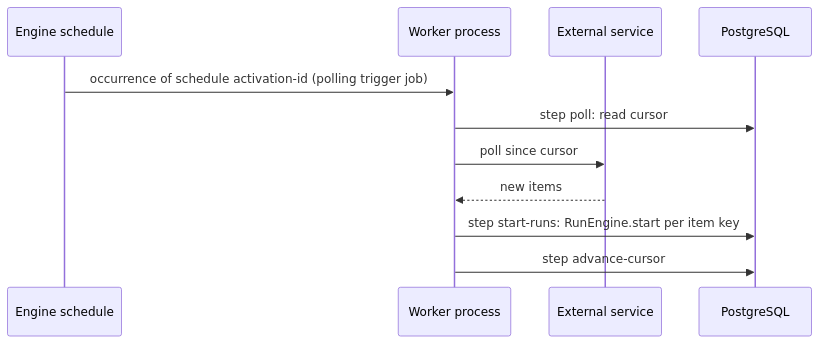
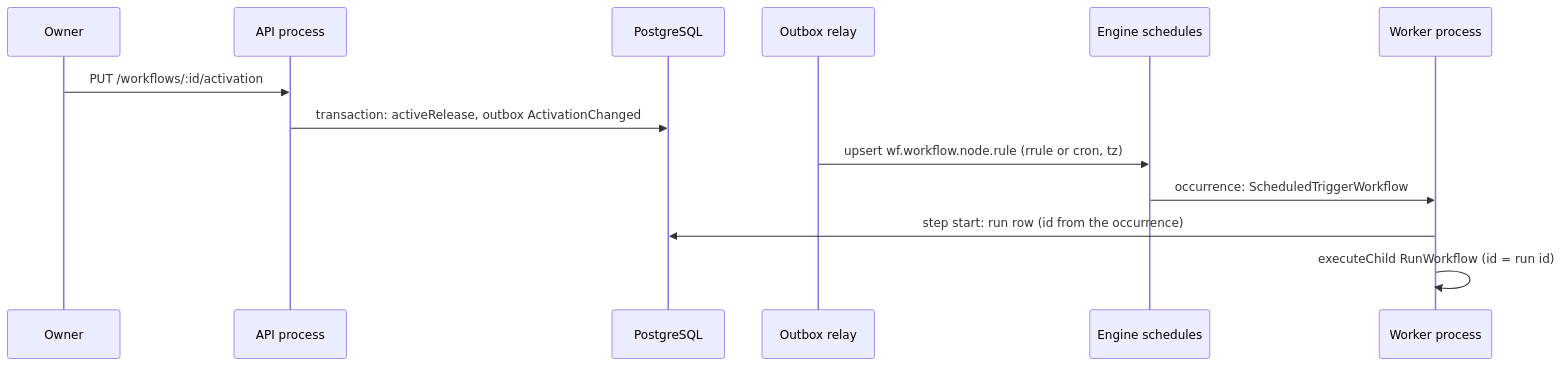
One commit to AidXylelele/tenon changed the second of 2 diagrams in docs/architecture/04-execution.md. Above: the diagram before and after it, drawn with Mermaid. The commit also changed other lines of this file and 264 other files, not shown here.

Commit message:
feat: added workflows engine

````diff
--- a/docs/architecture/04-execution.md
+++ b/docs/architecture/04-execution.md
@@ -87,13 +88,15 @@
 ```mermaid
 sequenceDiagram
-  participant E as Engine schedule
+  participant O as Owner
+  participant API as API process
+  participant PG as PostgreSQL
+  participant R as Outbox relay
+  participant E as Engine schedules
   participant W as Worker process
-  participant X as External service
-  participant PG as PostgreSQL
-  E->>W: occurrence of schedule activation-id (polling trigger job)
-  W->>PG: step poll: read cursor
-  W->>X: poll since cursor
-  X-->>W: new items
-  W->>PG: step start-runs: RunEngine.start per item key
-  W->>PG: step advance-cursor
+  O->>API: PUT /workflows/:id/activation
+  API->>PG: transaction: activeRelease, outbox ActivationChanged
+  R->>E: upsert wf.workflow.node.rule (rrule or cron, tz)
+  E->>W: occurrence: ScheduledTriggerWorkflow
+  W->>PG: step start: run row (id from the occurrence)
+  W->>W: executeChild RunWorkflow (id = run id)
 ```
````
